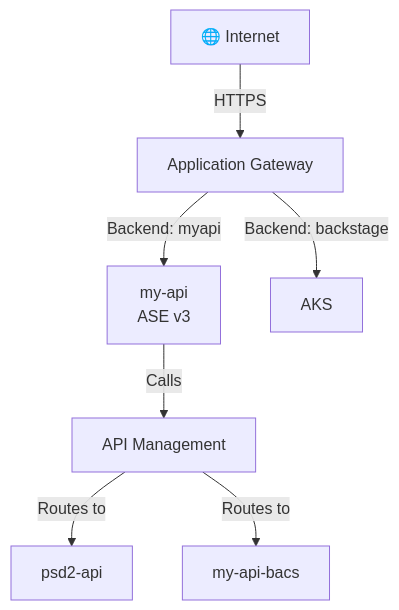
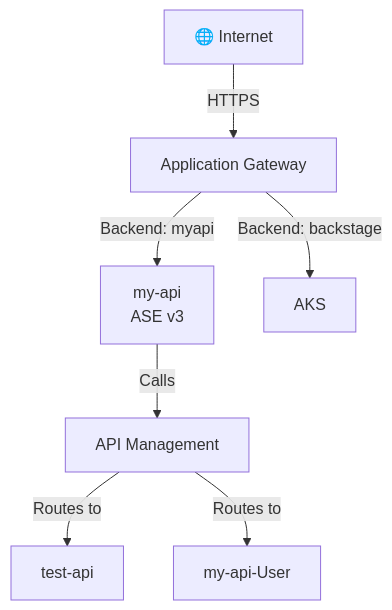
Before and after one commit to Reedboot/Triage-Saurus: the ninth of 9 diagrams in Agents/ArchitectureAgent.md, drawn with Mermaid. The commit also changed other lines of this file and 14 other files, not shown here.

````diff
--- a/Agents/ArchitectureAgent.md
+++ b/Agents/ArchitectureAgent.md
@@ -378,17 +378,17 @@
 ```mermaid
 flowchart TB
     Internet[🌐 Internet] -->|HTTPS| AGW[Application Gateway]
     AGW -->|Backend: myapi| MYAPI[my-api<br/>ASE v3]
     AGW -->|Backend: backstage| AKS[AKS]
     
     MYAPI -->|Calls| APIM[API Management]
-    APIM -->|Routes to| PSD2[psd2-api]
-    APIM -->|Routes to| BACS[my-api-bacs]
+    APIM -->|Routes to| test[test-api]
+    APIM -->|Routes to| User[my-api-User]
     
     click AGW "../Repos/terraform-app_gateway.md" "View App Gateway config"
     click MYAPI "../Repos/my_api.md" "View my-api service"
     click AKS "../Repos/terraform-aks.md" "View AKS cluster"
     click APIM "#-api-management-routing" "View APIM routing section"
-    click PSD2 "../Repos/psd2-api.md" "View PSD2 API service"
-    click BACS "../Repos/my-api-bacs.md" "View BACS service"
+    click test "../Repos/test-api.md" "View test API service"
+    click User "../Repos/my-api-User.md" "View User service"
 ```
````
